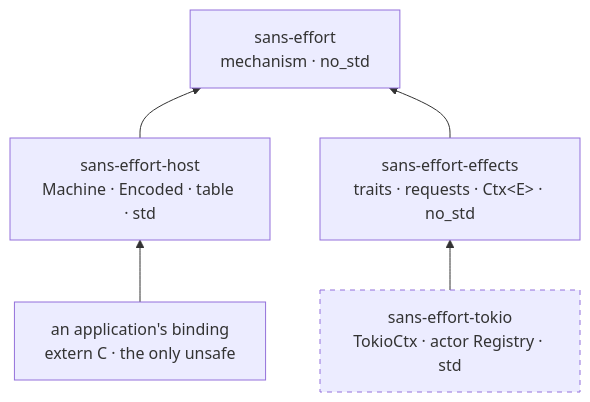
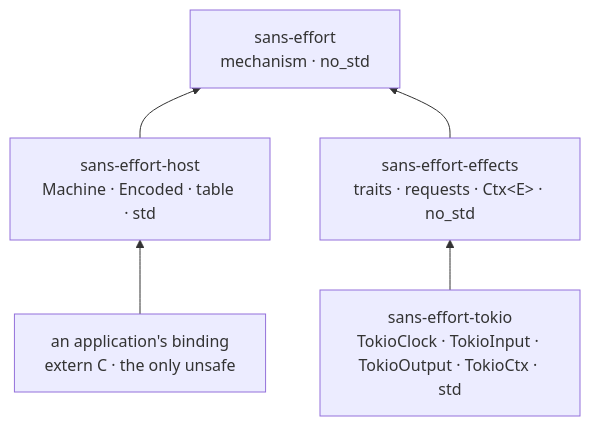
The second of 3 diagrams in design/README.md (inkandswitch/sans-effort), drawn with Mermaid before and after one commit. The commit also changed other lines of this file and 14 other files, not shown here.

Commit message:
sans-effect-tokio

````diff
--- a/design/README.md
+++ b/design/README.md
@@ -43,16 +43,15 @@
 ```mermaid
 flowchart BT
     core["sans-effort<br/>mechanism · no_std"]
     host_crate["sans-effort-host<br/>Machine · Encoded · table · std"]
     effects["sans-effort-effects<br/>traits · requests · Ctx#60;E#62; · no_std"]
-    tokio_crate["sans-effort-tokio<br/>TokioCtx · actor Registry · std"]
+    tokio_crate["sans-effort-tokio<br/>TokioClock · TokioInput · TokioOutput · TokioCtx · std"]
     binding["an application's binding<br/>extern C · the only unsafe"]
 
     host_crate --> core
     effects --> core
     tokio_crate --> effects
     binding --> host_crate
 
     classDef planned stroke-dasharray: 5 5
-    class tokio_crate planned
 ```
````
